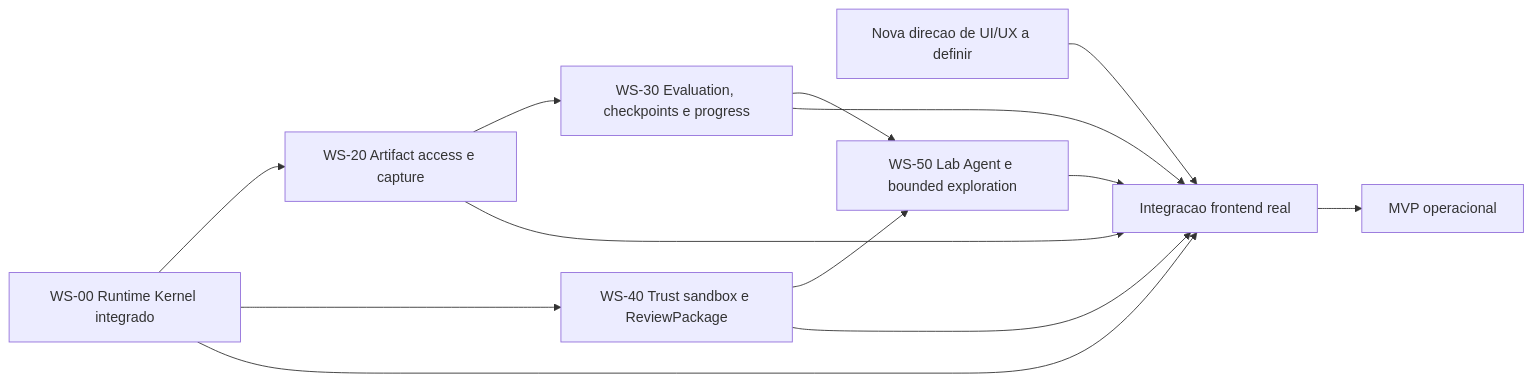
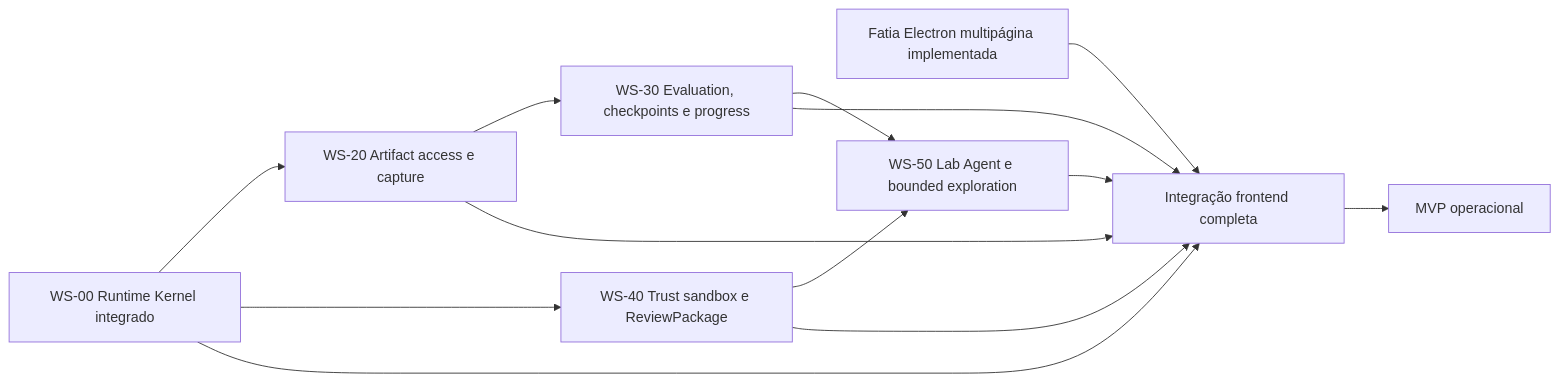
The diagram in docs/planning/mvp-implementation-roadmap.md (levygit837-cyber/evidrun), drawn with Mermaid before and after one commit. The commit also changed other lines of this file and 45 other files, not shown here.

First line of the commit message:
feat(desktop): implement audited multipage Electron frontend (#11)

````diff
--- a/docs/planning/mvp-implementation-roadmap.md
+++ b/docs/planning/mvp-implementation-roadmap.md
@@ -86,15 +86,15 @@
 ```mermaid
 flowchart LR
     W0["WS-00 Runtime Kernel integrado"] --> W2["WS-20 Artifact access e capture"]
     W0 --> W4["WS-40 Trust sandbox e ReviewPackage"]
-    W1["Nova direcao de UI/UX a definir"] --> W6["Integracao frontend real"]
+    W1["Fatia Electron multipágina implementada"] --> W6["Integração frontend completa"]
     W2 --> W3["WS-30 Evaluation, checkpoints e progress"]
     W4 --> W5["WS-50 Lab Agent e bounded exploration"]
     W3 --> W5
     W0 --> W6
     W2 --> W6
     W3 --> W6
     W4 --> W6
     W5 --> W6
     W6 --> MVP["MVP operacional"]
 ```
````
